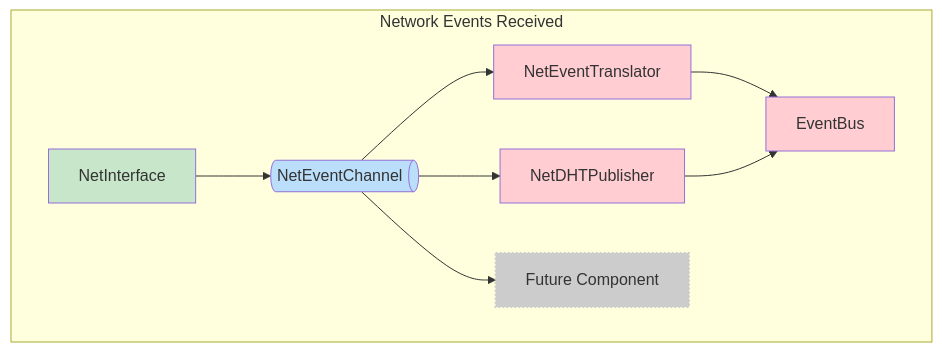
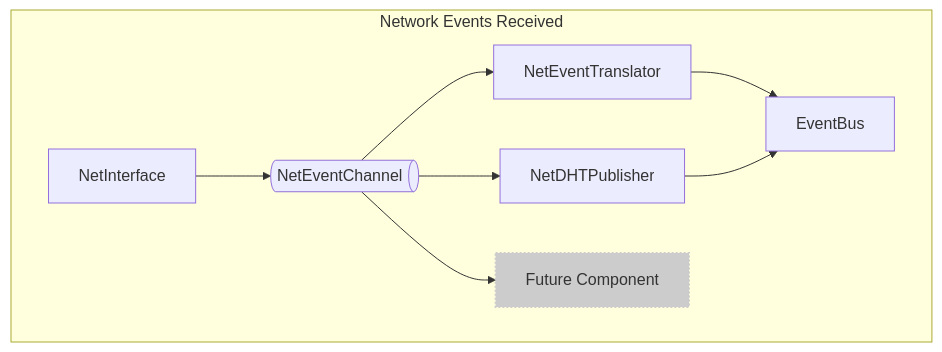
The first of 2 diagrams in crates/net/NetSystem.md (gnosisguild/enclave), drawn with Mermaid before and after one commit. The commit also changed other lines of this file and 7 other files, not shown here.

````diff
--- a/crates/net/NetSystem.md
+++ b/crates/net/NetSystem.md
@@ -15,36 +15,32 @@
 ```mermaid
 flowchart TB
     subgraph s1["Network Events Received"]
         NET["NetEventTranslator"]
         NBDP["NetDHTPublisher"]
         EB["EventBus"]
         NEC["NetEventChannel"]
         NI["NetInterface"]
         FC["Future Component"]
     end
     NI --> NEC
     NEC --> NET
     NET --> EB
     NBDP --> EB
     NEC --> NBDP
     NEC --> FC
     
     NEC@{ shape: h-cyl}
-    style NET fill:#FFCDD2
-    style NBDP fill:#FFCDD2
-    style EB fill:#FFCDD2
-    style NEC stroke-width:1px,stroke-dasharray: 0,fill:#BBDEFB
-    style NI stroke-width:1px,stroke-dasharray: 0,fill:#C8E6C9
+
     style FC fill:#CCCCCC,stroke-width:2px,stroke-dasharray: 2,stroke:#CCCCCC
 	NET:::internal-link
 	NBDP:::internal-link
 	EB:::internal-link
 	NEC:::internal-link
 	NI:::internal-link
 
     click NET "http://github.com/gnosisguild/enclave/tree/main/crates/net/docs/NetEventTranslator.md"
     click NBDP "http://github.com/gnosisguild/enclave/tree/main/crates/net/docs/NetDHTPublisher.md"
     click EB "http://github.com/gnosisguild/enclave/tree/main/crates/events/docs/EventBus.md"
     click NEC "http://github.com/gnosisguild/enclave/tree/main/crates/net/docs/NetEventChannel.md"
     click NI "http://github.com/gnosisguild/enclave/tree/main/crates/net/docs/NetInterface.md"
 ```
````
